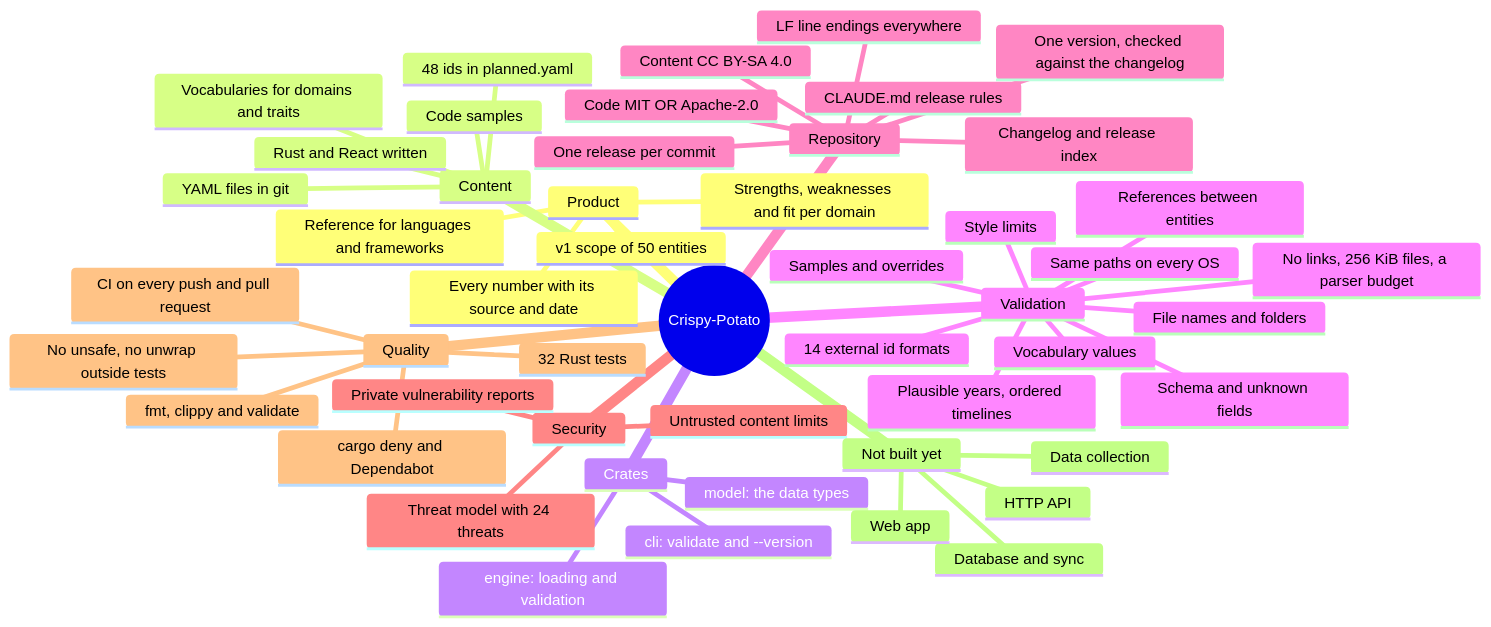
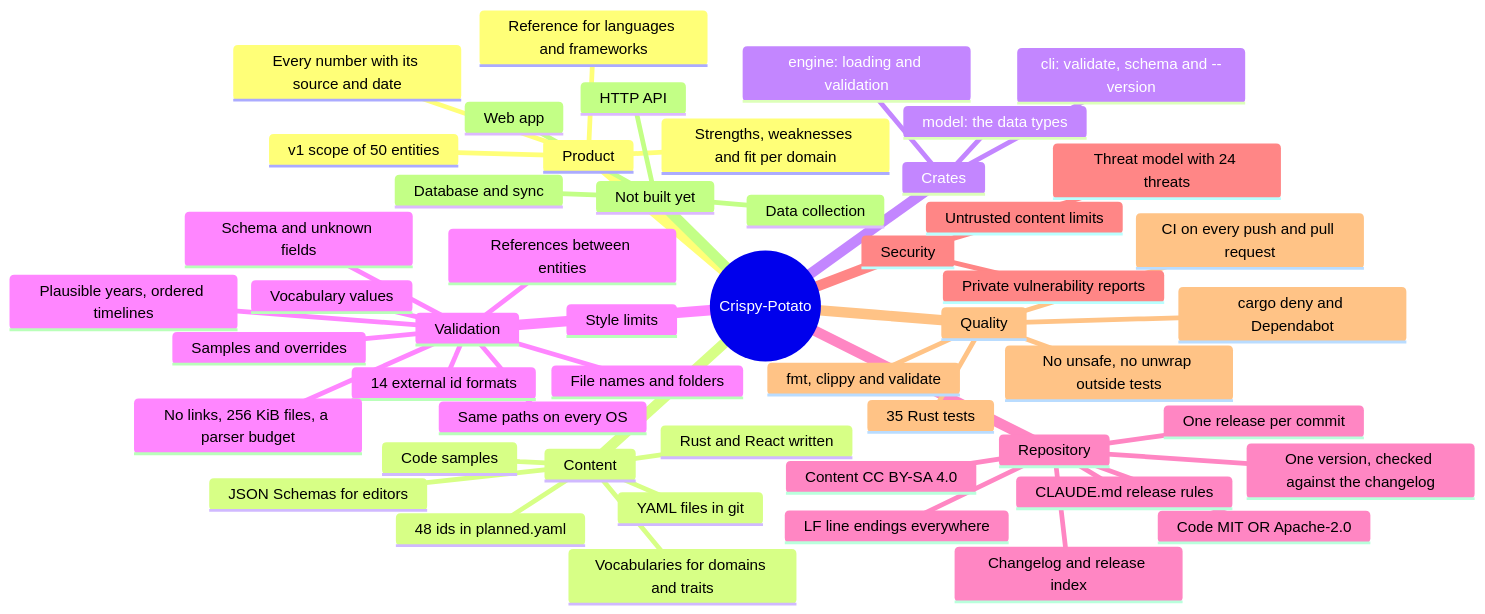
The first of 2 diagrams in docs/MINDMAP.md (winksen/Crispy-Potato), drawn with Mermaid before and after one commit. The commit also changed other lines of this file and 23 other files, not shown here.

````diff
--- a/docs/MINDMAP.md
+++ b/docs/MINDMAP.md
@@ -11,53 +11,54 @@
 ```mermaid
 mindmap
   root((Crispy-Potato))
     Product
       Reference for languages and frameworks
       Strengths, weaknesses and fit per domain
       Every number with its source and date
       v1 scope of 50 entities
     Content
       YAML files in git
+      JSON Schemas for editors
       Rust and React written
       48 ids in planned.yaml
       Vocabularies for domains and traits
       Code samples
     Crates
       model: the data types
       engine: loading and validation
-      cli: validate and --version
+      cli: validate, schema and --version
     Validation
       Schema and unknown fields
       14 external id formats
       Plausible years, ordered timelines
       File names and folders
       Vocabulary values
       References between entities
       Style limits
       Samples and overrides
       Same paths on every OS
       No links, 256 KiB files, a parser budget
     Repository
       Code MIT OR Apache-2.0
       Content CC BY-SA 4.0
       One release per commit
       One version, checked against the changelog
       Changelog and release index
       CLAUDE.md release rules
       LF line endings everywhere
     Security
       Threat model with 24 threats
       Untrusted content limits
       Private vulnerability reports
     Quality
-      32 Rust tests
+      35 Rust tests
       fmt, clippy and validate
       No unsafe, no unwrap outside tests
       CI on every push and pull request
       cargo deny and Dependabot
     Not built yet
       Database and sync
       Data collection
       HTTP API
       Web app
 ```
````
